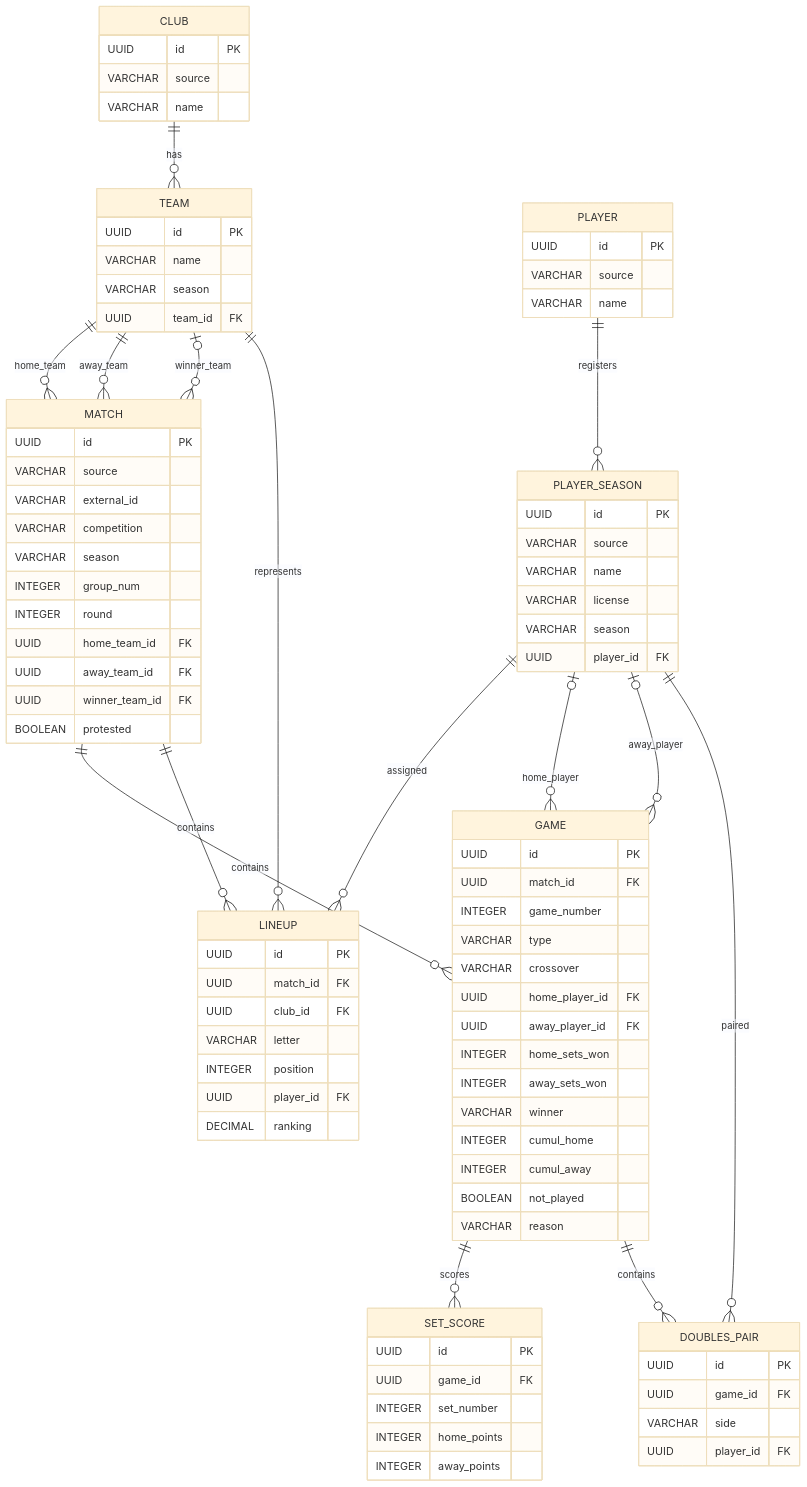
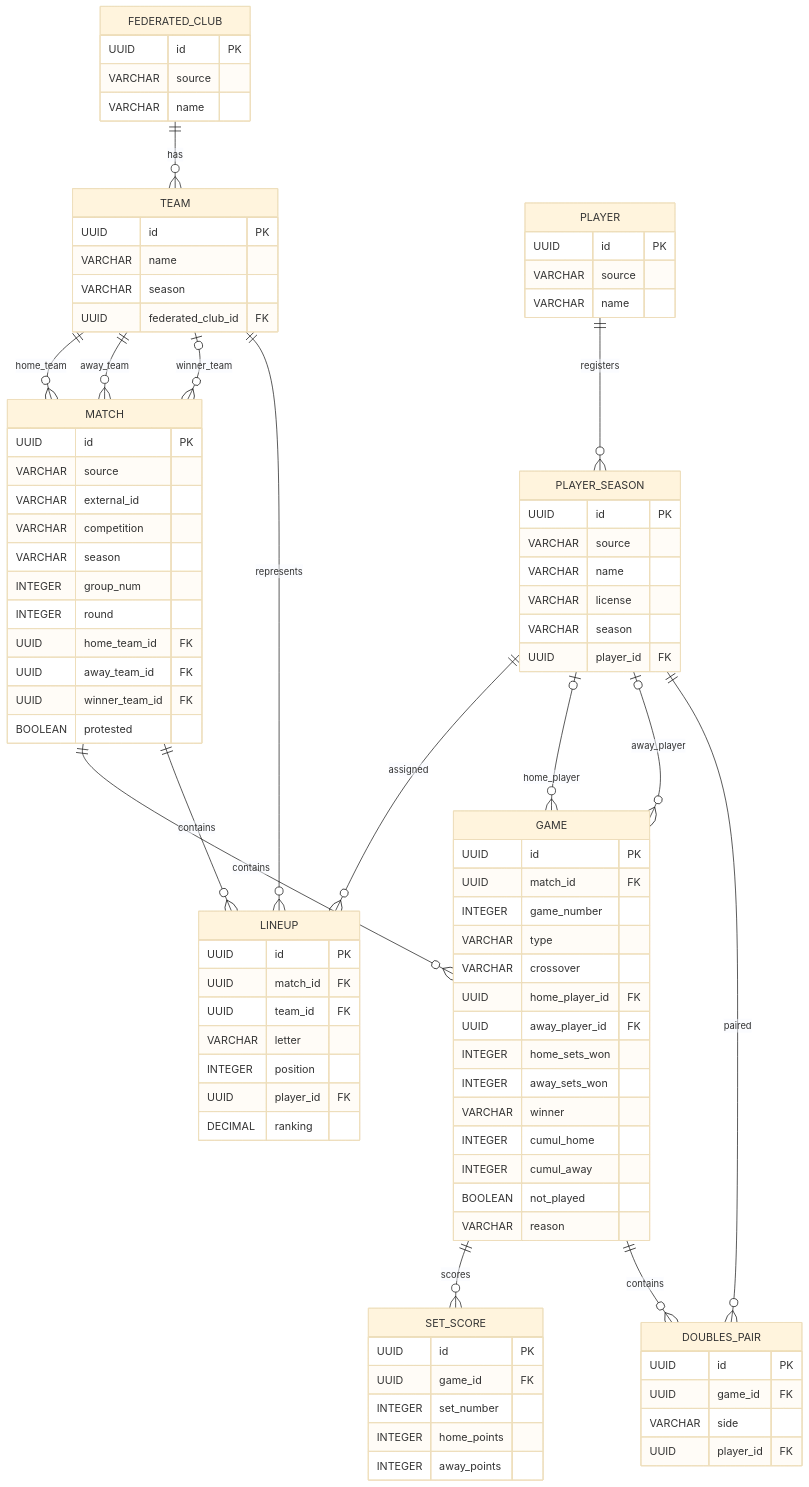
Before and after one commit to albertsanso/tt-league-services: the diagram in tt-data-league-core-repository-jpa/docs/rfetm-datamodel.md, drawn with Mermaid (base theme). The commit also changed other lines of this file and 97 other files, not shown here.

````diff
--- a/tt-data-league-core-repository-jpa/docs/rfetm-datamodel.md
+++ b/tt-data-league-core-repository-jpa/docs/rfetm-datamodel.md
@@ -323,6 +325,6 @@
 ```mermaid
 erDiagram
-    CLUB ||--o{ TEAM : has
+    FEDERATED_CLUB ||--o{ TEAM : has
     TEAM ||--o{ MATCH : home_team
     TEAM ||--o{ MATCH : away_team
     TEAM o|--o{ MATCH : winner_team
@@ -337,7 +339,7 @@
     GAME ||--o{ SET_SCORE : scores
     GAME ||--o{ DOUBLES_PAIR : contains
 
-    CLUB {
+    FEDERATED_CLUB {
         UUID id PK
         VARCHAR source
         VARCHAR name
@@ -346,7 +348,7 @@
         UUID id PK
         VARCHAR name
         VARCHAR season
-        UUID team_id FK
+        UUID federated_club_id FK
     }
     PLAYER {
         UUID id PK
@@ -377,7 +379,7 @@
     LINEUP {
         UUID id PK
         UUID match_id FK
-        UUID club_id FK
+        UUID team_id FK
         VARCHAR letter
         INTEGER position
         UUID player_id FK
````
